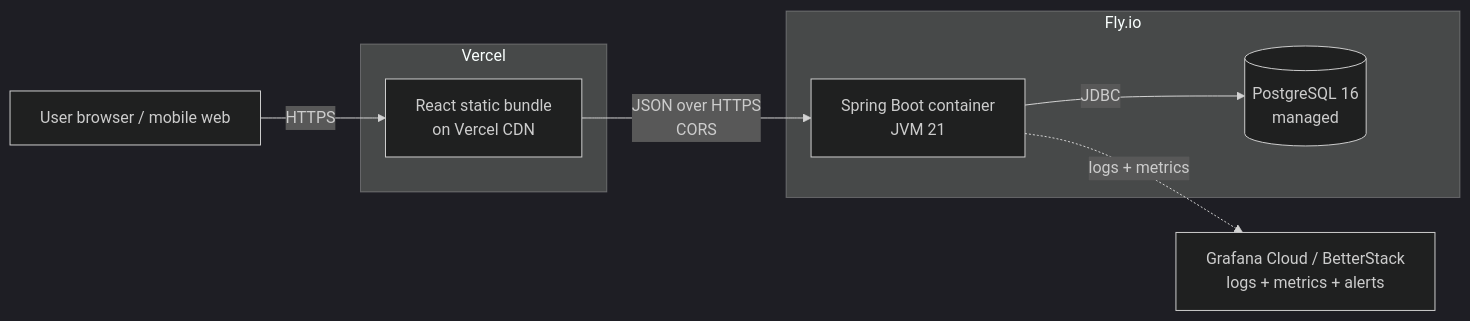
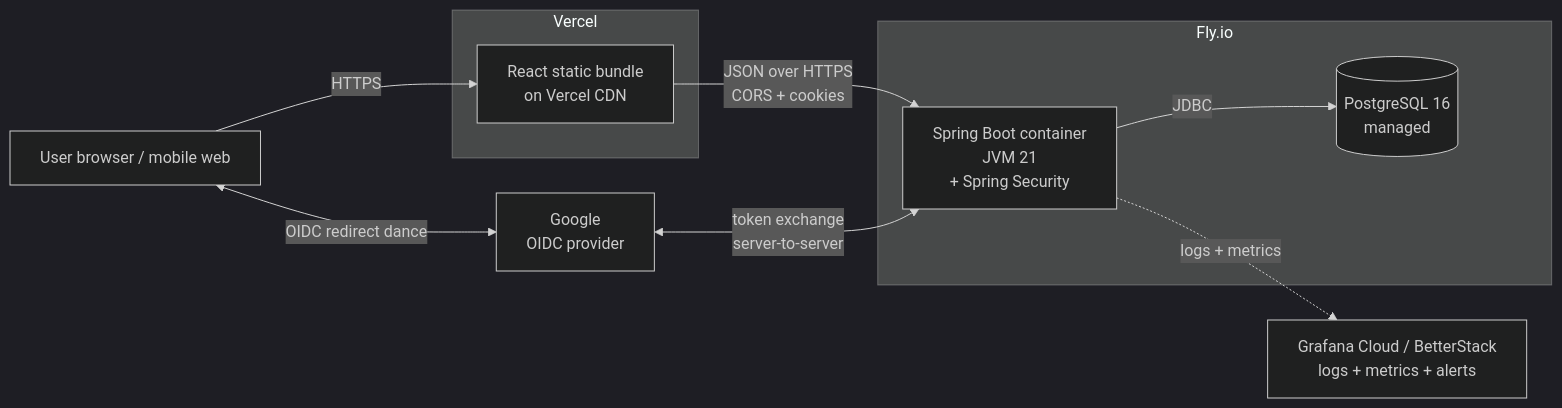
One commit to pranavgupta97/todo-app changed the first of 2 diagrams in todo-app-implementation-plan.md. Above: the diagram before and after it, drawn with Mermaid (dark theme). The commit also changed other lines of this file and 16 other files, not shown here.

First line of the commit message:
feat(backend): Todo CRUD API with auth-ready schema (Phase 4b)

````diff
--- a/todo-app-implementation-plan.md
+++ b/todo-app-implementation-plan.md
@@ -109,16 +132,19 @@
 ```mermaid
 flowchart LR
     U[User browser / mobile web]
+    G[Google<br/>OIDC provider]
     subgraph Vercel
       V[React static bundle<br/>on Vercel CDN]
     end
     subgraph "Fly.io"
-      F[Spring Boot container<br/>JVM 21]
+      F[Spring Boot container<br/>JVM 21<br/>+ Spring Security]
       D[(PostgreSQL 16<br/>managed)]
     end
     O[Grafana Cloud / BetterStack<br/>logs + metrics + alerts]
     U -->|HTTPS| V
-    V -->|JSON over HTTPS<br/>CORS| F
+    V -->|JSON over HTTPS<br/>CORS + cookies| F
+    U <-->|OIDC redirect dance| G
+    G <-->|token exchange<br/>server-to-server| F
     F -->|JDBC| D
     F -.->|logs + metrics| O
 ```
````
